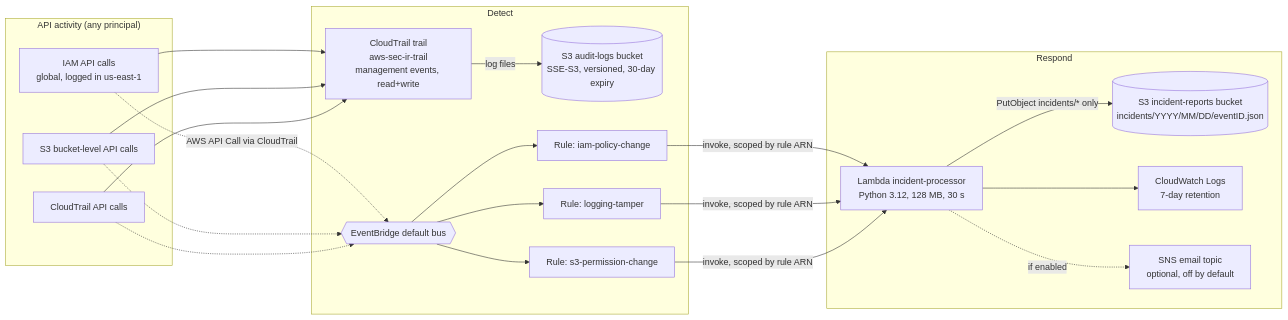
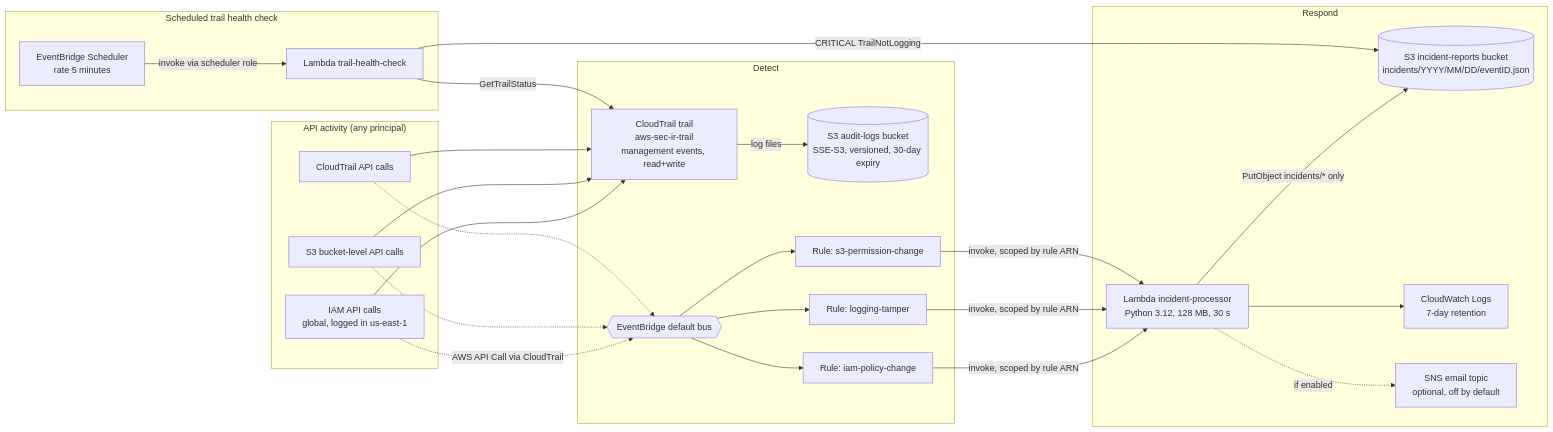
The diagram in docs/architecture.md (ahmedhany-cys/aws-cloud-security-incident-response), drawn with Mermaid before and after one commit. The commit also changed other lines of this file and 7 other files, not shown here.

Commit message:
docs: document the scheduled trail health check and T7 results

````diff
--- a/docs/architecture.md
+++ b/docs/architecture.md
@@ -3,37 +3,45 @@
 ```mermaid
 flowchart LR
     subgraph Activity["API activity (any principal)"]
         IAM[IAM API calls<br/>global, logged in us-east-1]
         S3API[S3 bucket-level API calls]
         CT_API[CloudTrail API calls]
     end
 
     subgraph Detect["Detect"]
         CT[CloudTrail trail<br/>aws-sec-ir-trail<br/>management events, read+write]
         AUDIT[(S3 audit-logs bucket<br/>SSE-S3, versioned, 30-day expiry)]
         EB{{EventBridge default bus}}
         R1[Rule: iam-policy-change]
         R2[Rule: logging-tamper]
         R3[Rule: s3-permission-change]
     end
 
     subgraph Respond["Respond"]
         L[Lambda incident-processor<br/>Python 3.12, 128 MB, 30 s]
         INC[(S3 incident-reports bucket<br/>incidents/YYYY/MM/DD/eventID.json)]
         CW[CloudWatch Logs<br/>7-day retention]
         SNS[SNS email topic<br/>optional, off by default]
     end
 
     IAM --> CT
     S3API --> CT
     CT_API --> CT
     CT -->|log files| AUDIT
     IAM -.->|AWS API Call via CloudTrail| EB
     S3API -.-> EB
     CT_API -.-> EB
     EB --> R1 & R2 & R3
     R1 & R2 & R3 -->|invoke, scoped by rule ARN| L
     L -->|PutObject incidents/* only| INC
     L --> CW
     L -.->|if enabled| SNS
+
+    subgraph Health["Scheduled trail health check"]
+        SCH[EventBridge Scheduler<br/>rate 5 minutes]
+        HL[Lambda trail-health-check]
+    end
+    SCH -->|invoke via scheduler role| HL
+    HL -->|GetTrailStatus| CT
+    HL -->|CRITICAL TrailNotLogging| INC
 ```
````
